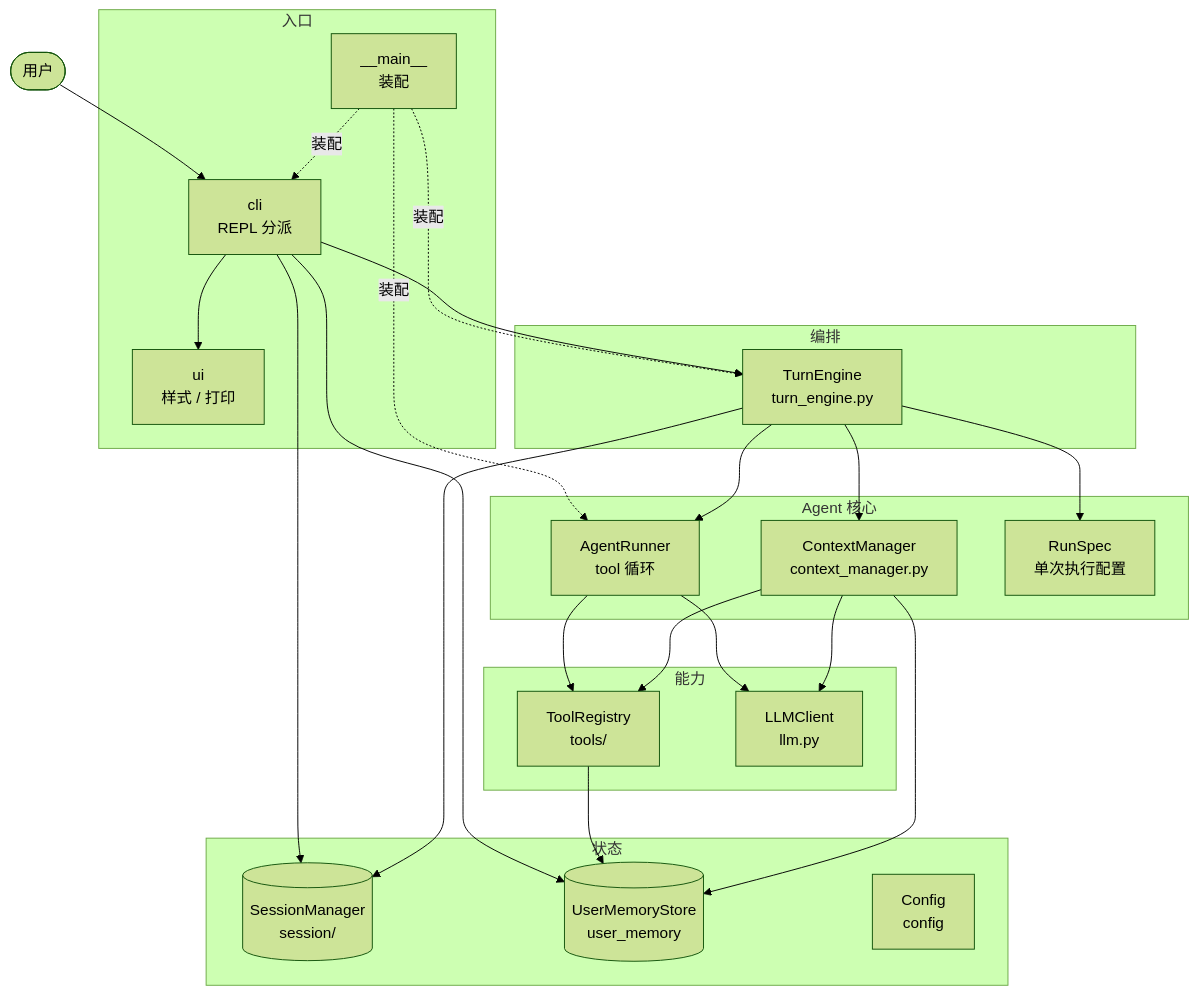
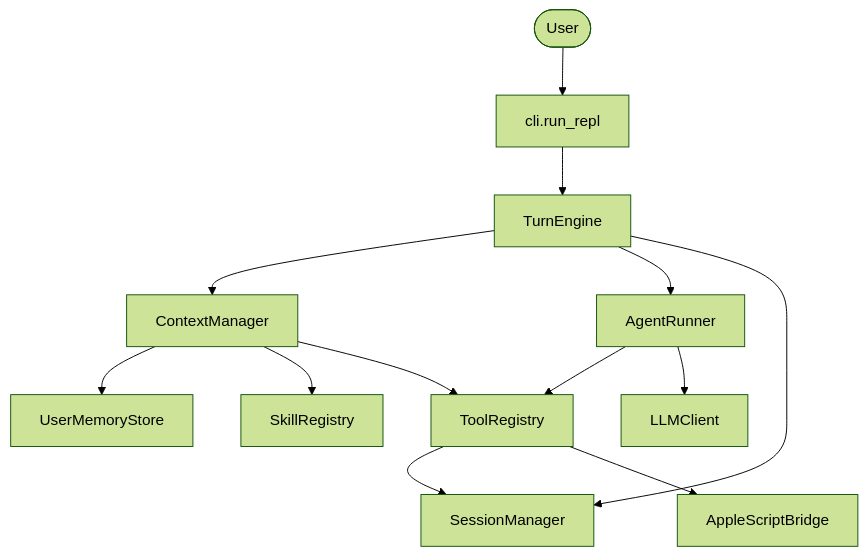
The first of 2 diagrams in README.md (Jiminyang1/minibot), drawn with Mermaid (forest theme) before and after one commit. The commit also changed other lines of this file and 42 other files, not shown here.

````diff
--- a/README.md
+++ b/README.md
@@ -45,52 +121,15 @@
 ```mermaid
 flowchart TB
-    User([用户]) --> CliMod
-
-    subgraph entry [入口]
-        Main["__main__<br/>装配"]
-        CliMod["cli<br/>REPL 分派"]
-        UiMod["ui<br/>样式 / 打印"]
-    end
-
-    subgraph orch [编排]
-        Engine["TurnEngine<br/>turn_engine.py"]
-    end
-
-    subgraph core [Agent 核心]
-        Context["ContextManager<br/>context_manager.py"]
-        Runner["AgentRunner<br/>tool 循环"]
-        RunSpec["RunSpec<br/>单次执行配置"]
-    end
-
-    subgraph caps [能力]
-        Tools["ToolRegistry<br/>tools/"]
-        Llm["LLMClient<br/>llm.py"]
-    end
-
-    subgraph state [状态]
-        SM[("SessionManager<br/>session/")]
-        MS[("UserMemoryStore<br/>user_memory")]
-        Cfg["Config<br/>config"]
-    end
-
-    Main -.装配.-> Engine
-    Main -.装配.-> Runner
-    Main -.装配.-> CliMod
-
-    CliMod --> Engine
-    CliMod --> UiMod
-    CliMod --> SM
-    CliMod --> MS
-
-    Engine --> Context
-    Engine --> Runner
-    Engine --> SM
-    Engine --> RunSpec
-
+    User([User]) --> CLI["cli.run_repl"]
+    CLI --> Engine["TurnEngine"]
+    Engine --> Context["ContextManager"]
+    Engine --> Runner["AgentRunner"]
+    Engine --> Session["SessionManager"]
+    Context --> Memory["UserMemoryStore"]
+    Context --> Skills["SkillRegistry"]
+    Context --> Tools["ToolRegistry"]
     Runner --> Tools
-    Runner --> Llm
-    Tools --> MS
-    Context --> Tools
-    Context --> Llm
-    Context --> MS
+    Runner --> LLM["LLMClient"]
+    Tools --> Session
+    Tools --> Mac["AppleScriptBridge"]
 ```
````
